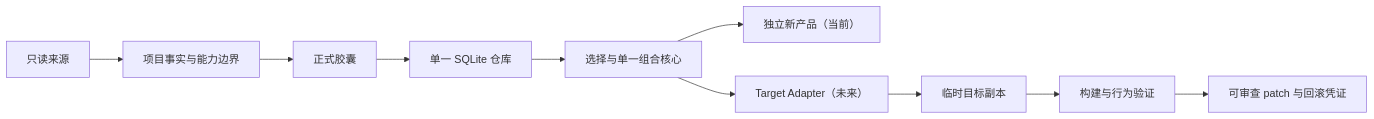
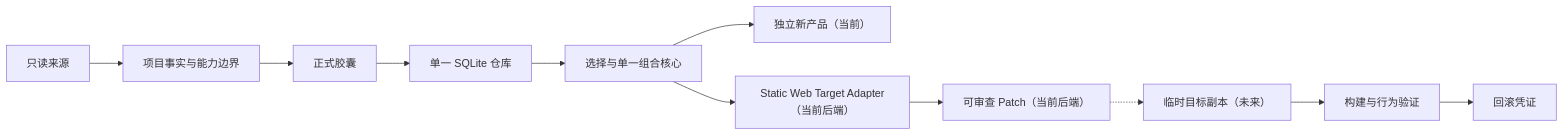
The diagram in docs/REWEAVE_PRODUCT_NORTH_STAR.md (chenjinnan82-stack/Reweave-lite), drawn with Mermaid before and after one commit. The commit also changed other lines of this file and 11 other files, not shown here.

Commit message:
Complete Static Web target Patch backend

````diff
--- a/docs/REWEAVE_PRODUCT_NORTH_STAR.md
+++ b/docs/REWEAVE_PRODUCT_NORTH_STAR.md
@@ -86,12 +101,13 @@
 ```mermaid
 flowchart LR
   A["只读来源"] --> B["项目事实与能力边界"]
   B --> C["正式胶囊"]
   C --> D["单一 SQLite 仓库"]
   D --> E["选择与单一组合核心"]
   E --> F["独立新产品（当前）"]
-  E --> G["Target Adapter（未来）"]
-  G --> H["临时目标副本"]
+  E --> G["Static Web Target Adapter（当前后端）"]
+  G --> J["可审查 Patch（当前后端）"]
+  J -.-> H["临时目标副本（未来）"]
   H --> I["构建与行为验证"]
-  I --> J["可审查 patch 与回滚凭证"]
+  I --> K["回滚凭证"]
 ```
````
